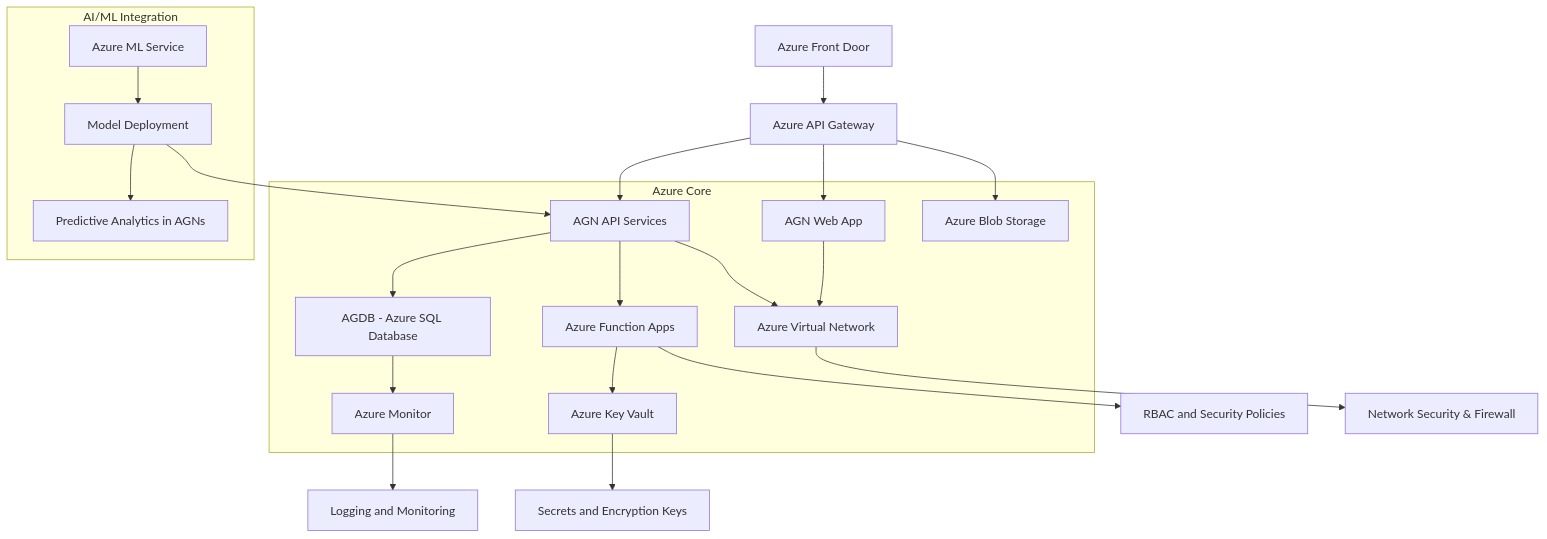
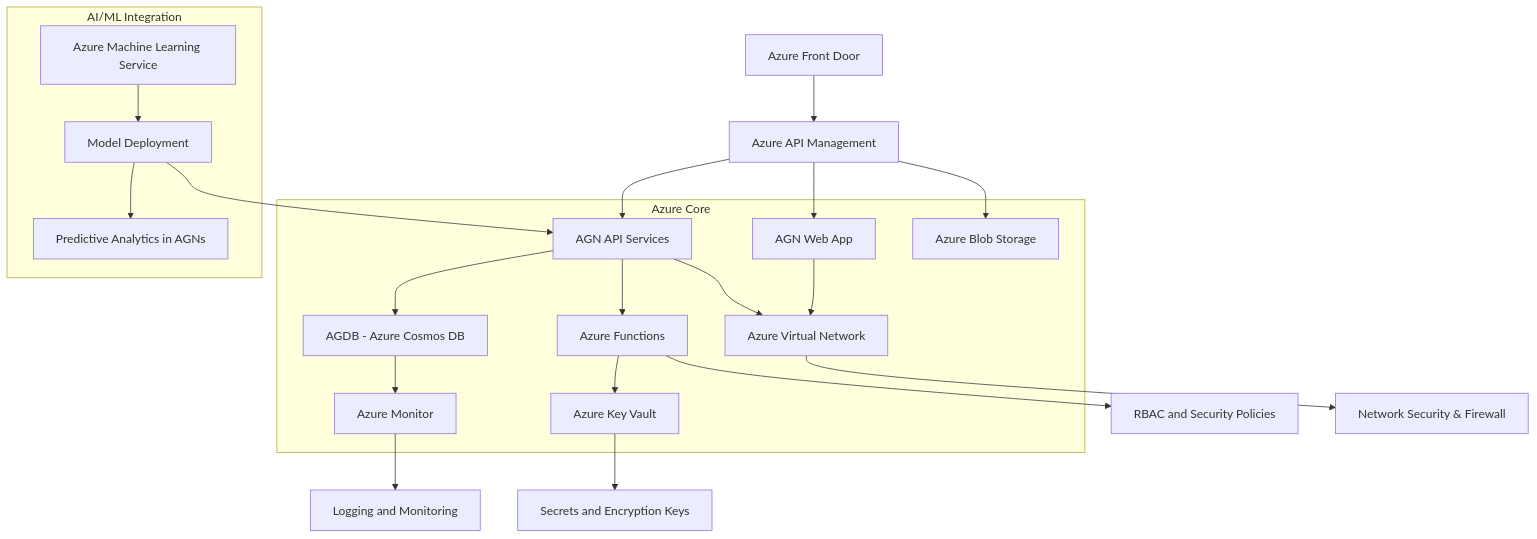
One commit to TheGuyFromTheApprentice/ActiveGraphNetworks changed the ninth of 12 diagrams in README.md. Above: the diagram before and after it, drawn with Mermaid. The commit also changed other lines of this file, not shown here.

````diff
--- a/README.md
+++ b/README.md
@@ -129,36 +244,36 @@
 ```mermaid
 graph TD
-    A[Azure Front Door] --> B[Azure API Gateway]
+    A[Azure Front Door] --> B[Azure API Management]
     B --> C[AGN Web App]
     B --> D[AGN API Services]
     B --> E[Azure Blob Storage]
 
     subgraph Azure Core
         C
         D
         E
-        F[AGDB - Azure SQL Database]
-        G[Azure Function Apps]
+        F[AGDB - Azure Cosmos DB]
+        G[Azure Functions]
         H[Azure Key Vault]
         I[Azure Monitor]
         J[Azure Virtual Network]
     end
 
     D --> F
     D --> G
     G --> H
     F --> I
     C --> J
     D --> J
 
     G --> K[RBAC and Security Policies]
     H --> L[Secrets and Encryption Keys]
     I --> M[Logging and Monitoring]
     J --> N[Network Security & Firewall]
     
     subgraph AI/ML Integration
-        O[Azure ML Service] --> P[Model Deployment]
+        O[Azure Machine Learning Service] --> P[Model Deployment]
         P --> D
         P --> Q[Predictive Analytics in AGNs]
     end
 ```
````
